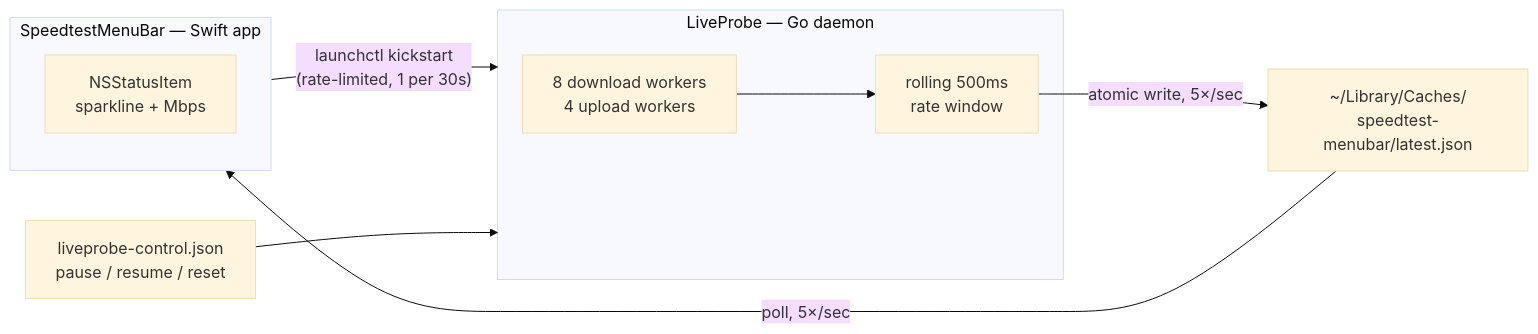
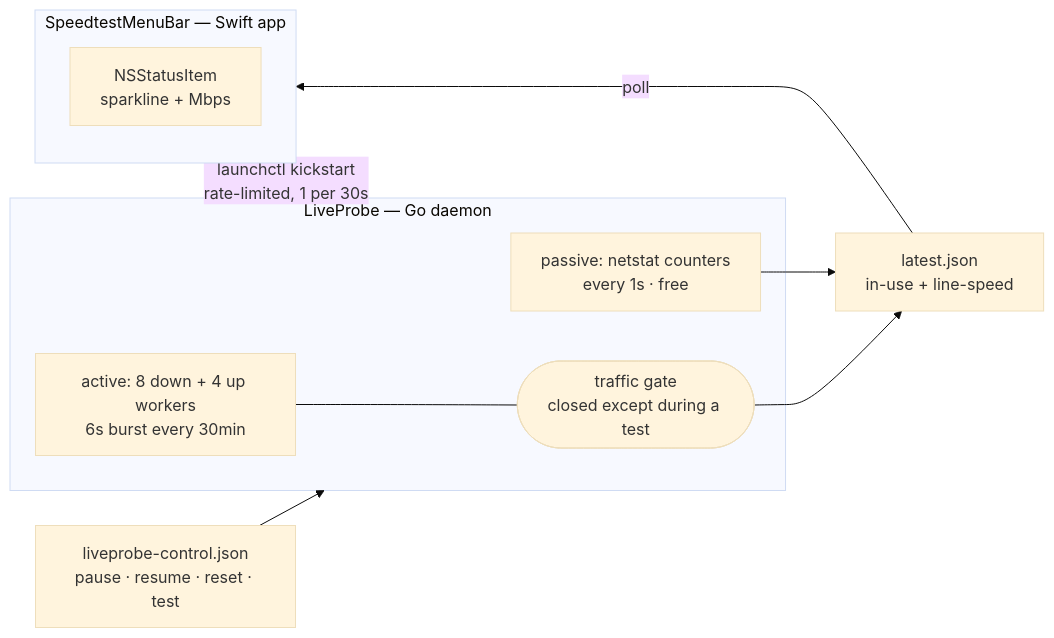
Before and after one commit to timurabi3/macos-speedtest-menubar: the diagram in README.md, drawn with Mermaid (base theme). The commit also changed other lines of this file and 8 other files, not shown here.

First line of the commit message:
Hybrid measurement: passive utilisation + periodic capacity test

````diff
--- a/README.md
+++ b/README.md
@@ -45,13 +63,17 @@
 ```mermaid
 flowchart LR
     subgraph probe["LiveProbe — Go daemon"]
-        W["8 download workers<br/>4 upload workers"] --> R["rolling 500ms<br/>rate window"]
+        P["passive: netstat counters<br/>every 1s · free"]
+        W["active: 8 down + 4 up workers<br/>6s burst every 30min"]
+        G(["traffic gate<br/>closed except during a test"])
+        W --- G
     end
-    R -->|"atomic write, 5×/sec"| J["~/Library/Caches/<br/>speedtest-menubar/latest.json"]
-    J -->|"poll, 5×/sec"| APP
+    P --> J["latest.json<br/>in-use + line-speed"]
+    G --> J
+    J -->|poll| APP
     subgraph APP["SpeedtestMenuBar — Swift app"]
         S["NSStatusItem<br/>sparkline + Mbps"]
     end
-    APP -->|"launchctl kickstart<br/>(rate-limited, 1 per 30s)"| probe
-    CTRL["liveprobe-control.json<br/>pause / resume / reset"] --> probe
+    APP -->|"launchctl kickstart<br/>rate-limited, 1 per 30s"| probe
+    CTRL["liveprobe-control.json<br/>pause · resume · reset · test"] --> probe
 ```
````
